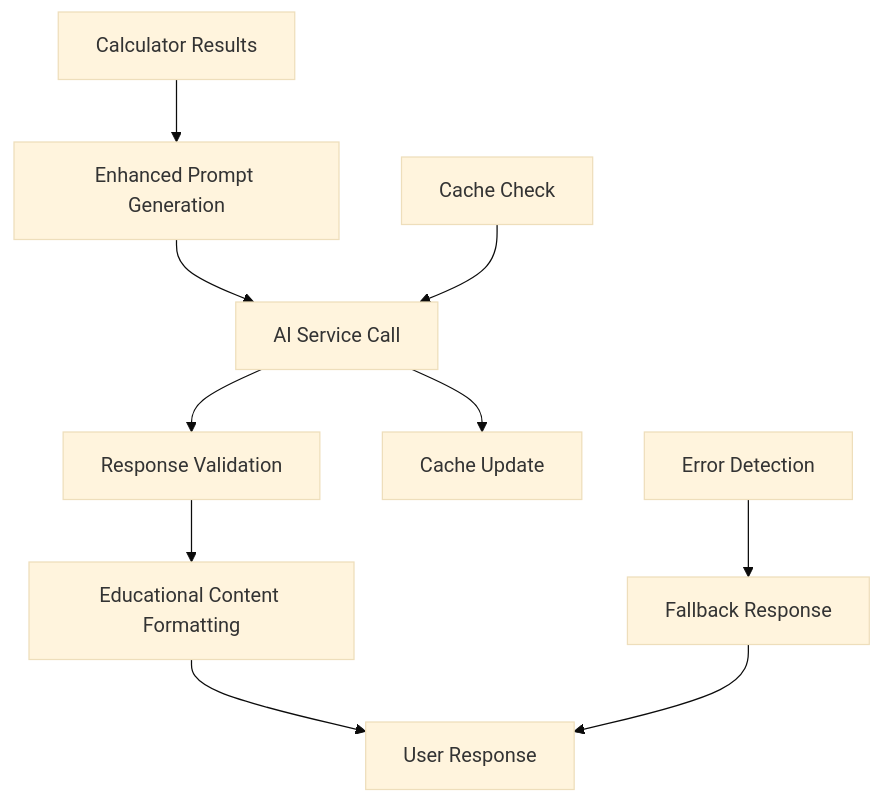
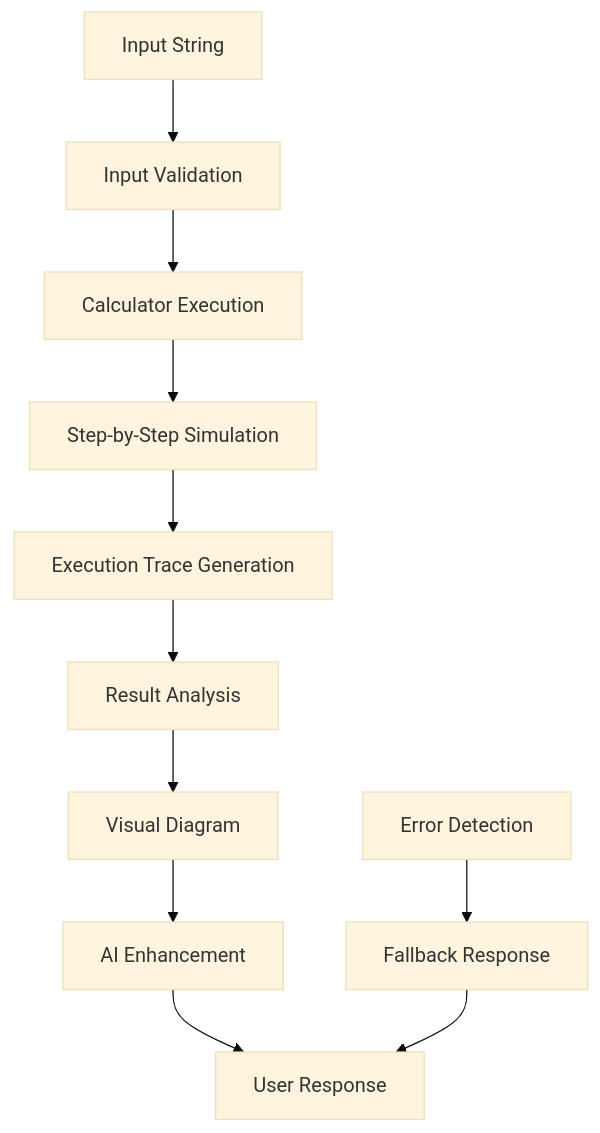
The second of 2 diagrams in API_Integration_and_Test_Input_Report.md (Choeng-Rayu/Project-Automata), drawn with Mermaid (base theme) before and after one commit. The commit also changed other lines of this file, not shown here.

````diff
--- a/API_Integration_and_Test_Input_Report.md
+++ b/API_Integration_and_Test_Input_Report.md
@@ -285,14 +285,14 @@
 ```mermaid
 graph TD
-    A[Calculator Results] --> B[Enhanced Prompt Generation]
-    B --> C[AI Service Call]
-    C --> D[Response Validation]
-    D --> E[Educational Content Formatting]
-    E --> F[User Response]
+    A[Input String] --> B[Input Validation]
+    B --> C[Calculator Execution]
+    C --> D[Step-by-Step Simulation]
+    D --> E[Execution Trace Generation]
+    E --> F[Result Analysis]
+    F --> G[Visual Diagram]
+    G --> H[AI Enhancement]
+    H --> I[User Response]
     
-    G[Cache Check] --> C
-    C --> H[Cache Update]
-    
-    I[Error Detection] --> J[Fallback Response]
-    J --> F
+    J[Error Detection] --> K[Fallback Response]
+    K --> I
 ```
````
